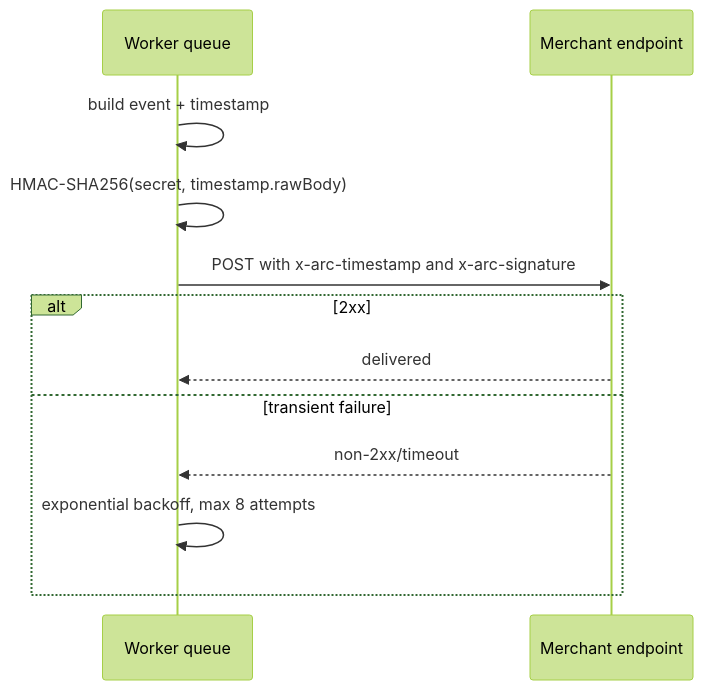
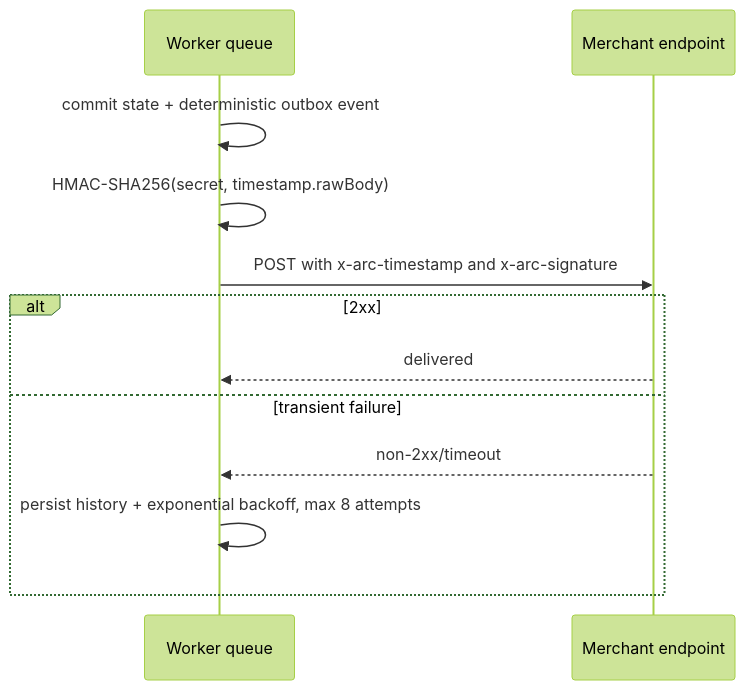
Before and after one commit to hitmol/Arc-Crosschain-Checkout: the diagram in docs/WEBHOOKS.md, drawn with Mermaid (forest theme). The commit also changed other lines of this file and 15 other files, not shown here.

````diff
--- a/docs/WEBHOOKS.md
+++ b/docs/WEBHOOKS.md
@@ -5,14 +17,14 @@
 ```mermaid
 sequenceDiagram
   participant W as Worker queue
   participant M as Merchant endpoint
-  W->>W: build event + timestamp
+  W->>W: commit state + deterministic outbox event
   W->>W: HMAC-SHA256(secret, timestamp.rawBody)
   W->>M: POST with x-arc-timestamp and x-arc-signature
   alt 2xx
     M-->>W: delivered
   else transient failure
     M-->>W: non-2xx/timeout
-    W->>W: exponential backoff, max 8 attempts
+    W->>W: persist history + exponential backoff, max 8 attempts
   end
 ```
````
